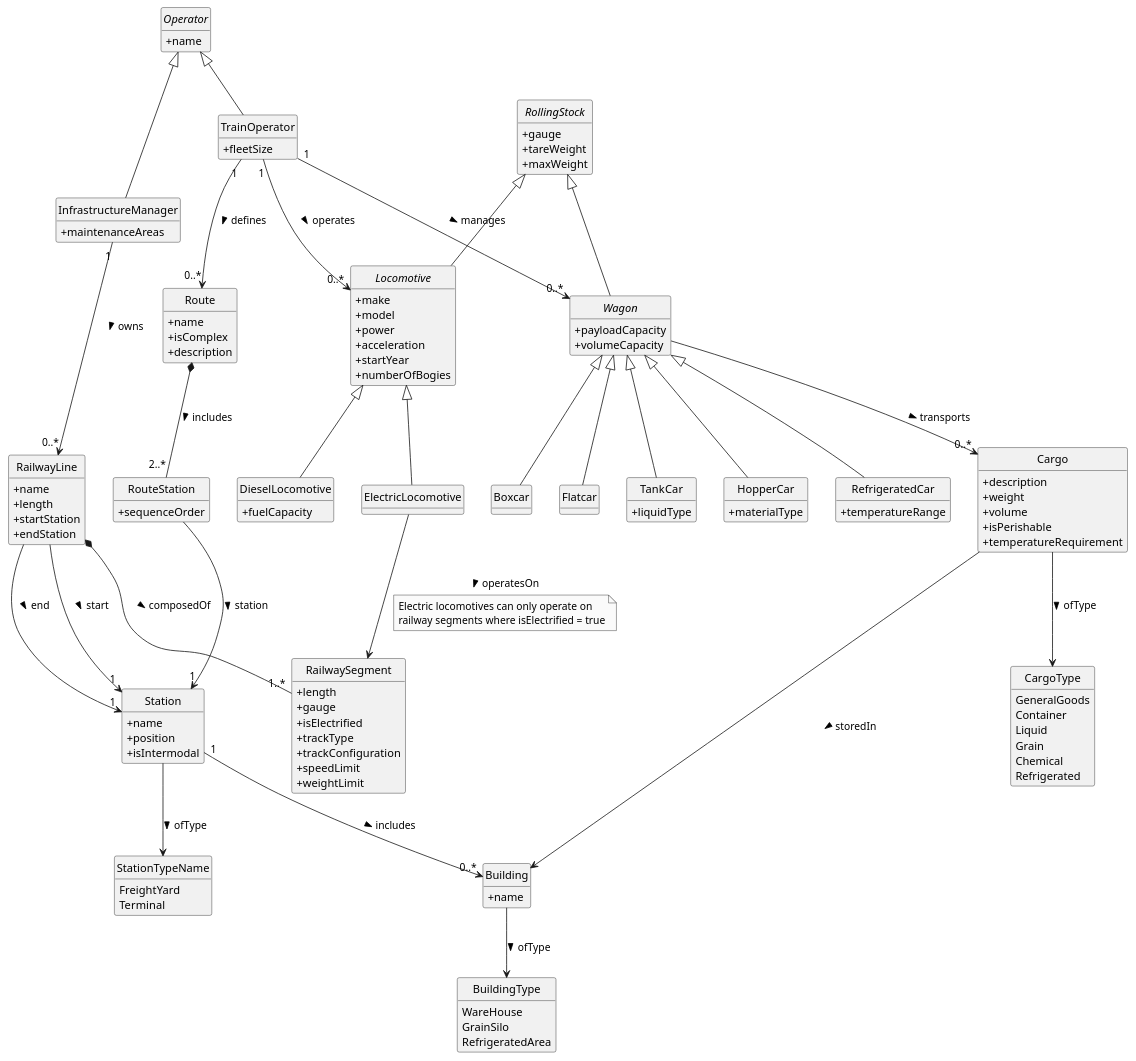
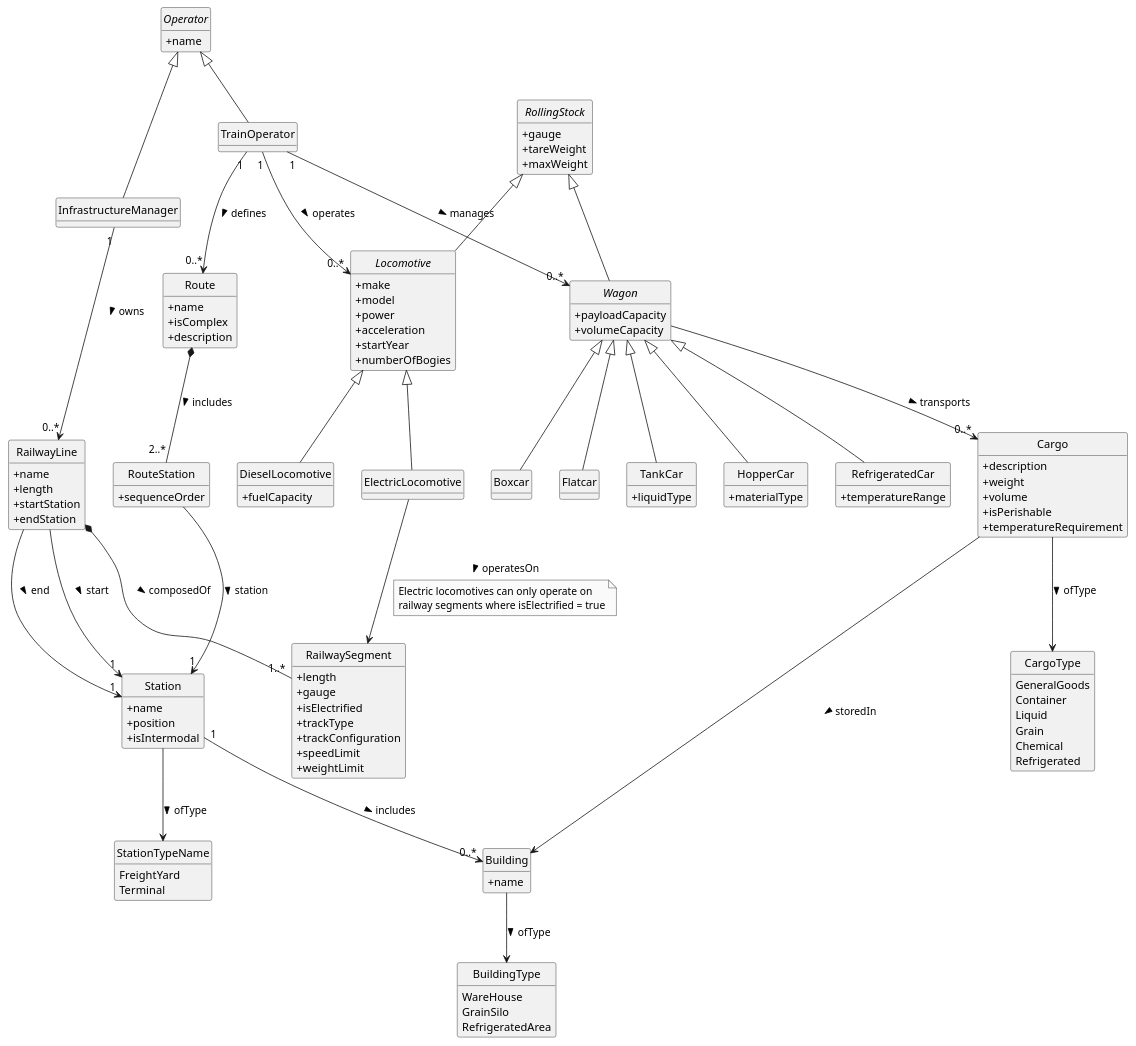
Before and after one commit to goncalolopesp/sem3-pi-25-26-g093-repo: the diagram in definitive-structure/doc/global-artifacts/02.analysis/puml/domain-model.puml, drawn with PlantUML. The commit also changed 1 other file, not shown here.

```diff
--- a/definitive-structure/doc/global-artifacts/02.analysis/puml/domain-model.puml
+++ b/definitive-structure/doc/global-artifacts/02.analysis/puml/domain-model.puml
@@ -1,150 +1,148 @@
 @startuml
 hide circle
 hide methods
 skinparam monochrome true
 skinparam classAttributeIconSize 0
 skinparam shadowing false
 
 class Station {
   +name
   +position
   +isIntermodal
 }
 enum StationTypeName {
   FreightYard
   Terminal
 }
 
 Station --> StationTypeName : ofType >
 
 class RailwayLine {
   +name
   +length
   +startStation
   +endStation
 }
 class RailwaySegment {
   +length
   +gauge
   +isElectrified
   +trackType
   +trackConfiguration
   +speedLimit
   +weightLimit
 }
 
 RailwayLine *-- "1..*" RailwaySegment : composedOf >
 RailwayLine --> "1" Station : start >
 RailwayLine --> "1" Station : end >
 
 abstract class Operator {
   +name
 }
 class InfrastructureManager {
-  +maintenanceAreas
 }
 class TrainOperator {
-  +fleetSize
 }
 Operator <|-- InfrastructureManager
 Operator <|-- TrainOperator
 
 InfrastructureManager "1" --> "0..*" RailwayLine : owns >
 
 abstract class RollingStock {
   +gauge
   +tareWeight
   +maxWeight
 }
 
 abstract class Locomotive {
   +make
   +model
   +power
   +acceleration
   +startYear
   +numberOfBogies
 }
 class DieselLocomotive {
   +fuelCapacity
 }
 class ElectricLocomotive {
 }
 Locomotive <|-- DieselLocomotive
 Locomotive <|-- ElectricLocomotive
 
 ElectricLocomotive --> RailwaySegment : operatesOn >
 note on link
   Electric locomotives can only operate on
   railway segments where isElectrified = true
 end note
 
 abstract class Wagon {
   +payloadCapacity
   +volumeCapacity
 }
 class Boxcar {}
 class Flatcar {}
 class TankCar {
   +liquidType
 }
 class HopperCar {
   +materialType
 }
 class RefrigeratedCar {
   +temperatureRange
 }
 Wagon <|-- Boxcar
 Wagon <|-- Flatcar
 Wagon <|-- TankCar
 Wagon <|-- HopperCar
 Wagon <|-- RefrigeratedCar
 
 TrainOperator "1" --> "0..*" Locomotive : operates >
 TrainOperator "1" --> "0..*" Wagon : manages >
 
 class Cargo {
   +description
   +weight
   +volume
   +isPerishable
   +temperatureRequirement
 }
 enum CargoType {
   GeneralGoods
   Container
   Liquid
   Grain
   Chemical
   Refrigerated
 }
 Cargo --> CargoType : ofType >
 Wagon --> "0..*" Cargo : transports >
 
 class Route {
   +name
   +isComplex
   +description
 }
 class RouteStation {
   +sequenceOrder
 }
 Route *-- "2..*" RouteStation : includes >
 RouteStation --> "1" Station : station >
 
 class Building {
   +name
 }
 enum BuildingType {
   WareHouse
   GrainSilo
   RefrigeratedArea
 }
 Building --> BuildingType : ofType >
 Station "1" --> "0..*" Building : includes >
 TrainOperator "1" --> "0..*" Route : defines >
 Cargo --> Building : storedIn >
 
 RollingStock <|-- Locomotive
 RollingStock <|-- Wagon
 @enduml
```
